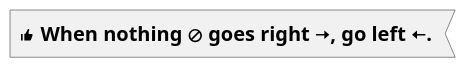
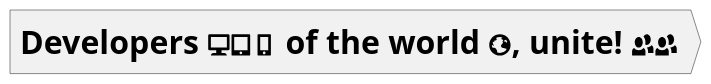
One commit to dragondive/plantuml_demo changed the tenth of 12 diagrams in plantuml_demo.md. Above: the diagram before and after it, drawn with PlantUML. The commit also changed other lines of this file, not shown here.

Commit message:
openiconic fix

````diff
--- a/plantuml_demo.md
+++ b/plantuml_demo.md
@@ -367,5 +368,6 @@
 ```plantuml
 @startuml
-:<size:20>**<&thumb-up> When nothing <&ban> goes right <&arrow-right>, go left <&arrow-left>.**</size> <
+
+:<size:32>**Developers <&monitor><&tablet><&phone> of the world <&globe>, unite! <&people><&people>**</size> >
 @enduml
 ```
````
